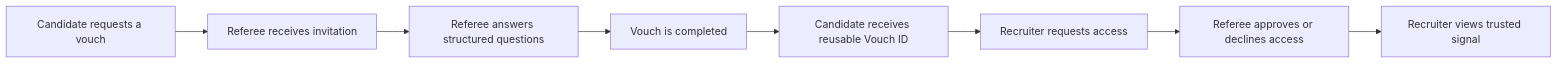
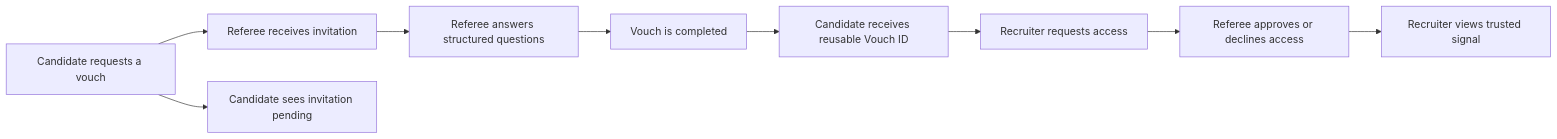
One commit to kza-hps/contextatlas changed the diagram in examples/vouchme/context-atlas/diagrams/L0-public-journey.mmd. Above: the diagram before and after it, drawn with Mermaid. The commit also changed 10 other files, not shown here.

```diff
--- a/examples/vouchme/context-atlas/diagrams/L0-public-journey.mmd
+++ b/examples/vouchme/context-atlas/diagrams/L0-public-journey.mmd
@@ -1,8 +1,9 @@
 flowchart LR
   A["Candidate requests a vouch"] --> B["Referee receives invitation"]
+  A --> I["Candidate sees invitation pending"]
   B --> C["Referee answers structured questions"]
   C --> D["Vouch is completed"]
   D --> E["Candidate receives reusable Vouch ID"]
   E --> F["Recruiter requests access"]
   F --> G["Referee approves or declines access"]
   G --> H["Recruiter views trusted signal"]
```
